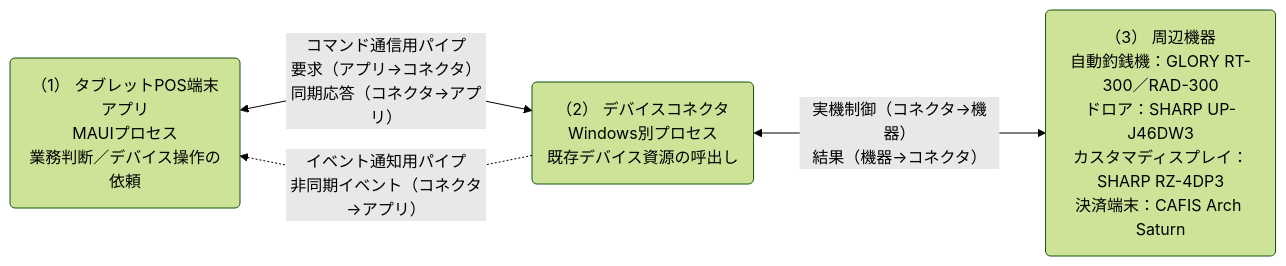
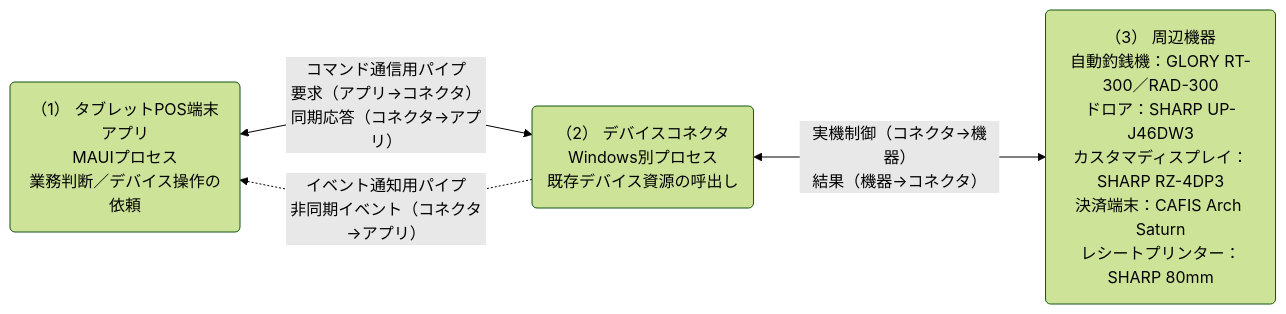
The first of 3 diagrams in artifacts/reports/architecture/ARCH-HOST-01_タブレットPOS_デバイスコネクタ基本設計書/ARCH-HOST-01_タブレットPOS_デバイスコネクタ基本設計書.md (vti-sam/smj-ks-pos-stored), drawn with Mermaid (forest theme) before and after one commit. The commit also changed other lines of this file and 111 other files, not shown here.

````diff
--- a/artifacts/reports/architecture/ARCH-HOST-01_タブレットPOS_デバイスコネクタ基本設計書/ARCH-HOST-01_タブレットPOS_デバイスコネクタ基本設計書.md
+++ b/artifacts/reports/architecture/ARCH-HOST-01_タブレットPOS_デバイスコネクタ基本設計書/ARCH-HOST-01_タブレットPOS_デバイスコネクタ基本設計書.md
@@ -236,22 +254,23 @@
 ```mermaid
 %%{init: {"flowchart": {"defaultRenderer": "dagre", "curve": "linear", "nodeSpacing": 54, "rankSpacing": 92}}}%%
+%% diagram-profile=system-context
 flowchart LR
     %% legend-bind class.app=（1）タブレットPOS端末アプリ
     %% legend-bind class.host=（2）デバイスコネクタ
     %% legend-bind class.device=（3）周辺機器
     %% legend-bind edge.default=◀━━▶ コマンド通信
     %% legend-bind edge.1=┄┄▶ 非同期イベント
     %% legend-bind edge.2=◀━━▶ 実機制御
     %% legend-bind label=コネクターラベル
     APP("（1） タブレットPOS端末アプリ<br/>MAUIプロセス<br/>業務判断／デバイス操作の依頼")
     HOST("（2） デバイスコネクタ<br/>Windows別プロセス<br/>既存デバイス資源の呼出し")
-    DEVICE("（3） 周辺機器<br/>自動釣銭機：GLORY RT-300／RAD-300<br/>ドロア：SHARP UP-J46DW3<br/>カスタマディスプレイ：SHARP RZ-4DP3<br/>決済端末：CAFIS Arch Saturn")
+    DEVICE("（3） 周辺機器<br/>自動釣銭機：GLORY RT-300／RAD-300<br/>ドロア：SHARP UP-J46DW3<br/>カスタマディスプレイ：SHARP RZ-4DP3<br/>決済端末：CAFIS Arch Saturn<br/>レシートプリンター：SHARP 80mm")
 
     APP <-->|コマンド通信用パイプ<br/>要求（アプリ→コネクタ）<br/>同期応答（コネクタ→アプリ）| HOST
     HOST -.->|イベント通知用パイプ<br/>非同期イベント（コネクタ→アプリ）| APP
     HOST <-->|実機制御（コネクタ→機器）<br/>結果（機器→コネクタ）| DEVICE
 
     class APP app
     class HOST host
     class DEVICE device
 ```
````
